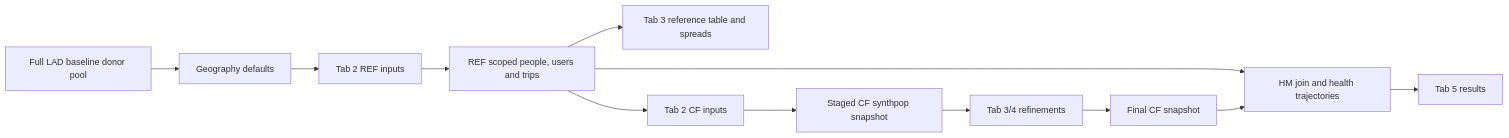
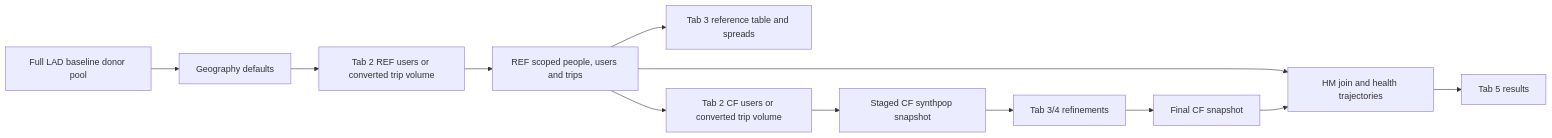
The third of 3 diagrams in docs/methodology.qmd (ATE-tool/MIAMA-HUB), drawn with Mermaid before and after one commit. The commit also changed other lines of this file and 5 other files, not shown here.

````diff
--- a/docs/methodology.qmd
+++ b/docs/methodology.qmd
@@ -302,14 +305,14 @@
 ```{mermaid}
 flowchart LR
   A[Full LAD baseline donor pool] --> B[Geography defaults]
-  B --> C[Tab 2 REF inputs]
+  B --> C[Tab 2 REF users or converted trip volume]
   C --> D[REF scoped people, users and trips]
   D --> E[Tab 3 reference table and spreads]
-  D --> F[Tab 2 CF inputs]
+  D --> F[Tab 2 CF users or converted trip volume]
   F --> G[Staged CF synthpop snapshot]
   G --> H[Tab 3/4 refinements]
   H --> I[Final CF snapshot]
   D --> J[HM join and health trajectories]
   I --> J
   J --> K[Tab 5 results]
 ```
````
